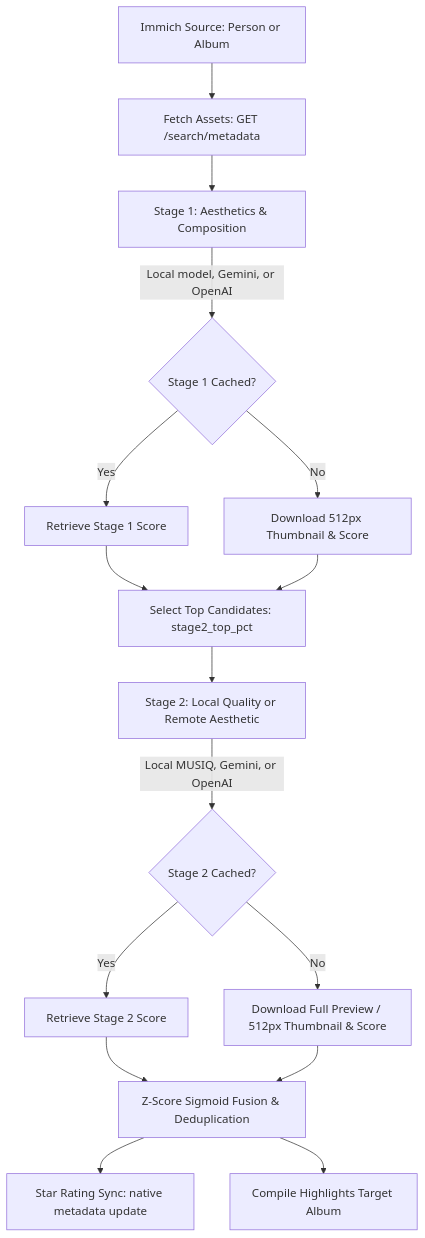
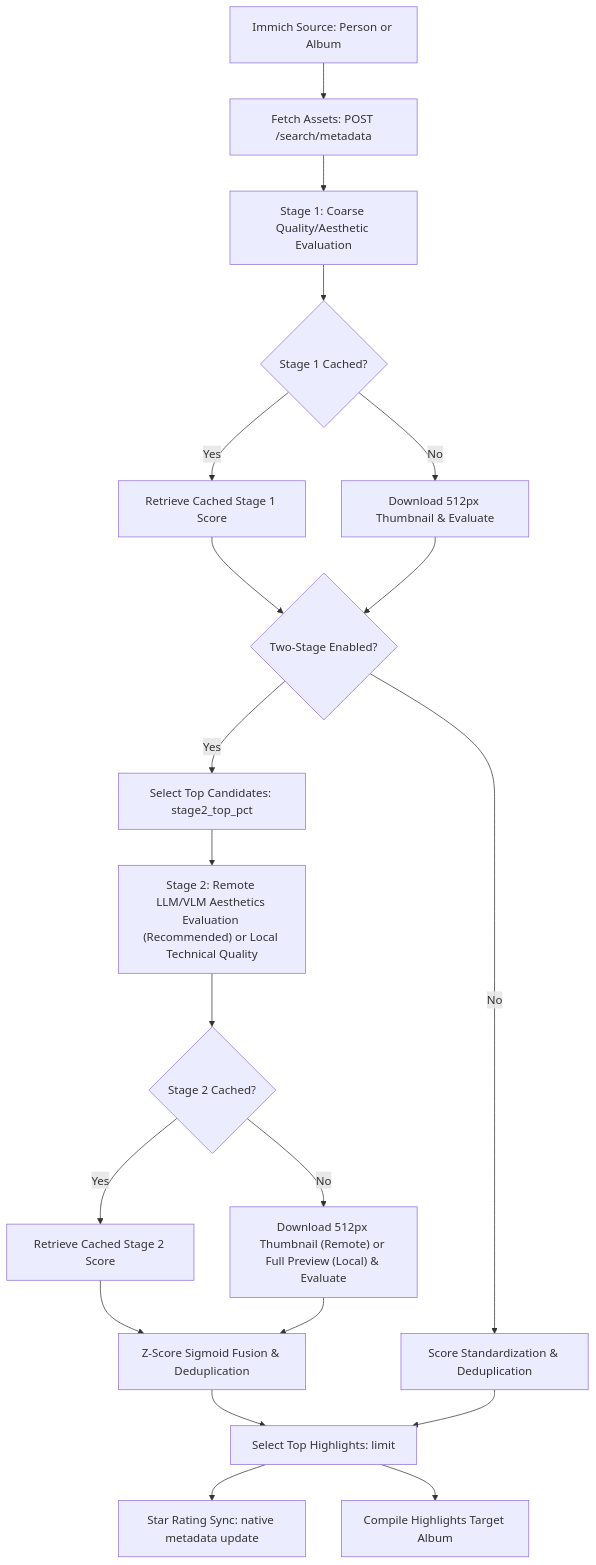
One commit to jbelew/immich-aesthetic-scorer changed the diagram in code_review_and_architecture.md. Above: the diagram before and after it, drawn with Mermaid. The commit also changed other lines of this file, not shown here.

Commit message:
docs: update architecture document to reflect SigLIP default and std dev floor
- Sync Mermaid architecture diagram with updated README version (quotes J and M node labels, shows POST method and single/two-stage branches)
- Add documentation for minimum standard deviation floor of 1.0 in Z-score calculation section
- Update cached model example ID to somepago/AestheticSigLIP
- Refine developer enhancements to reflect SigLIP integration success

````diff
--- a/code_review_and_architecture.md
+++ b/code_review_and_architecture.md
@@ -11,18 +11,26 @@
 ```mermaid
 graph TD
-    A[Immich Source: Person or Album] --> B[Fetch Assets: GET /search/metadata]
-    B --> C[Stage 1: Aesthetics & Composition]
-    C -->|Local model, Gemini, or OpenAI| D{Stage 1 Cached?}
-    D -->|Yes| E[Retrieve Stage 1 Score]
-    D -->|No| F[Download 512px Thumbnail & Score]
-    E --> G[Select Top Candidates: stage2_top_pct]
-    F --> G
-    G --> H[Stage 2: Local Quality or Remote Aesthetic]
-    H -->|Local MUSIQ, Gemini, or OpenAI| I{Stage 2 Cached?}
-    I -->|Yes| J[Retrieve Stage 2 Score]
-    I -->|No| K[Download Full Preview / 512px Thumbnail & Score]
-    J --> L[Z-Score Sigmoid Fusion & Deduplication]
-    K --> L
-    L --> M[Star Rating Sync: native metadata update]
-    L --> N[Compile Highlights Target Album]
+    A[Immich Source: Person or Album] --> B[Fetch Assets: POST /search/metadata]
+    B --> C[Stage 1: Coarse Quality/Aesthetic Evaluation]
+    C --> D{Stage 1 Cached?}
+    D -->|Yes| E[Retrieve Cached Stage 1 Score]
+    D -->|No| F[Download 512px Thumbnail & Evaluate]
+    E --> H{Two-Stage Enabled?}
+    F --> H
+
+    H -->|Yes| I[Select Top Candidates: stage2_top_pct]
+    I --> J["Stage 2: Remote LLM/VLM Aesthetics Evaluation (Recommended) or Local Technical Quality"]
+    J --> K{Stage 2 Cached?}
+    K -->|Yes| L[Retrieve Cached Stage 2 Score]
+    K -->|No| M["Download 512px Thumbnail (Remote) or Full Preview (Local) & Evaluate"]
+    L --> N[Z-Score Sigmoid Fusion & Deduplication]
+    M --> N
+
+    H -->|No| O[Score Standardization & Deduplication]
+
+    N --> P[Select Top Highlights: limit]
+    O --> P
+
+    P --> Q[Star Rating Sync: native metadata update]
+    P --> R[Compile Highlights Target Album]
 ```
````
